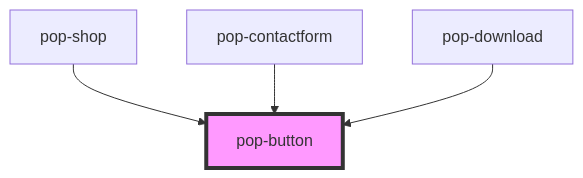
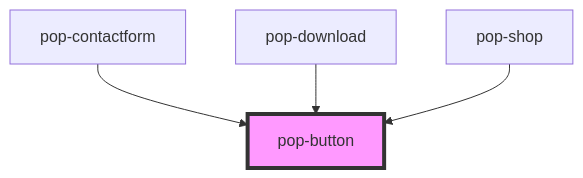
One commit to MysterieDev/stencil-starter-on changed the diagram in src/components/pop-button/readme.md. Above: the diagram before and after it, drawn with Mermaid. The commit also changed other lines of this file and 8 other files, not shown here.

````diff
--- a/src/components/pop-button/readme.md
+++ b/src/components/pop-button/readme.md
@@ -28,7 +27,7 @@
 ```mermaid
 graph TD;
-  pop-shop --> pop-button
   pop-contactform --> pop-button
   pop-download --> pop-button
+  pop-shop --> pop-button
   style pop-button fill:#f9f,stroke:#333,stroke-width:4px
 ```
````
